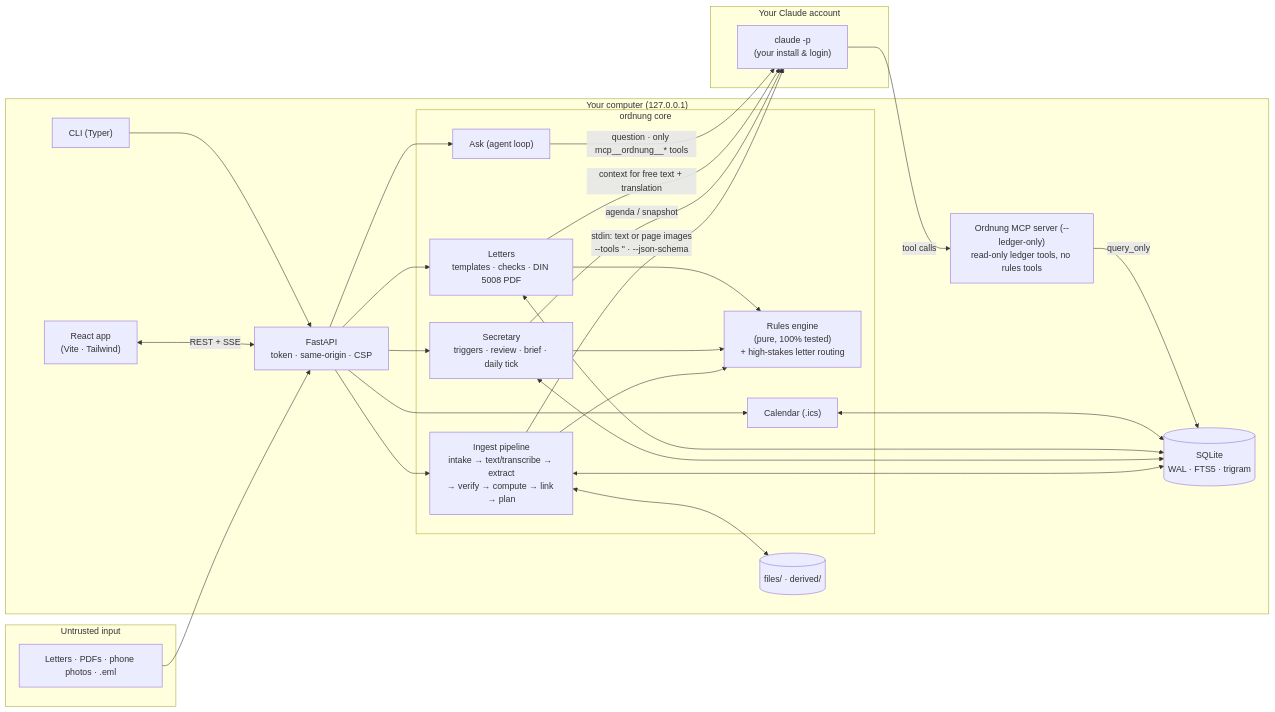
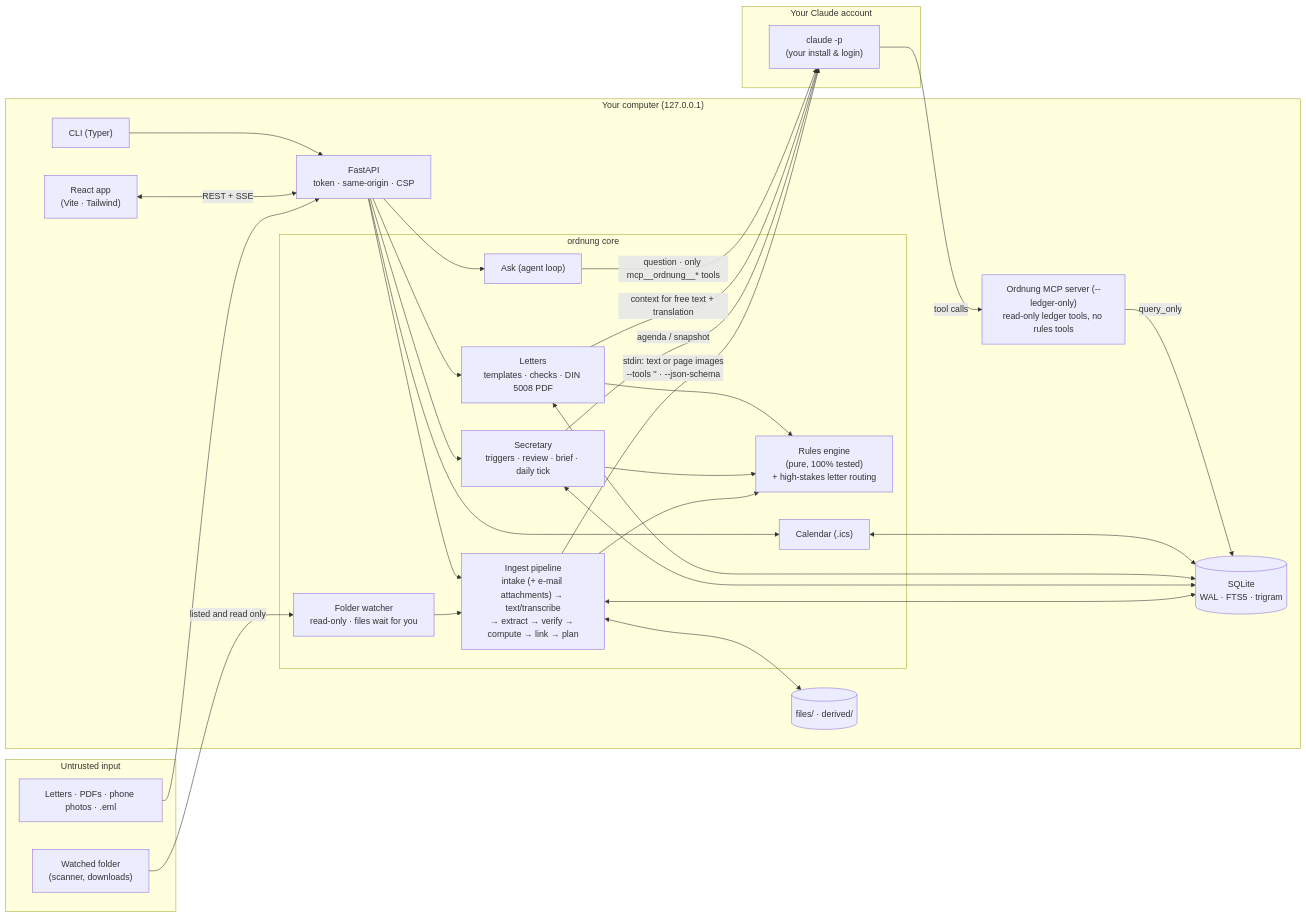
One commit to ahmedEid1/ordnung changed the first of 6 diagrams in docs/architecture.md. Above: the diagram before and after it, drawn with Mermaid. The commit also changed other lines of this file and 24 other files, not shown here.

````diff
--- a/docs/architecture.md
+++ b/docs/architecture.md
@@ -9,43 +9,47 @@
 ```mermaid
 flowchart LR
   subgraph untrusted["Untrusted input"]
     L["Letters · PDFs · phone photos · .eml"]
+    WF["Watched folder<br/>(scanner, downloads)"]
   end
 
   subgraph local["Your computer (127.0.0.1)"]
     UI["React app<br/>(Vite · Tailwind)"]
     CLI["CLI (Typer)"]
     API["FastAPI<br/>token · same-origin · CSP"]
     subgraph core["ordnung core"]
-      ING["Ingest pipeline<br/>intake → text/transcribe → extract<br/>→ verify → compute → link → plan"]
+      FW["Folder watcher<br/>read-only · files wait for you"]
+      ING["Ingest pipeline<br/>intake (+ e-mail attachments) → text/transcribe<br/>→ extract → verify → compute → link → plan"]
       RUL["Rules engine<br/>(pure, 100% tested)<br/>+ high-stakes letter routing"]
       SEC["Secretary<br/>triggers · review · brief · daily tick"]
       ASK["Ask (agent loop)"]
       DRF["Letters<br/>templates · checks · DIN 5008 PDF"]
       ICS["Calendar (.ics)"]
     end
     DB[("SQLite<br/>WAL · FTS5 · trigram")]
     FS[("files/ · derived/")]
     MCP["Ordnung MCP server (--ledger-only)<br/>read-only ledger tools, no rules tools"]
   end
 
   subgraph account["Your Claude account"]
     CC["claude -p<br/>(your install & login)"]
   end
 
   L --> API
+  WF -->|"listed and read only"| FW
+  FW --> ING
   UI <-->|REST + SSE| API
   CLI --> API
   API --> ING & SEC & ASK & DRF & ICS
   ING --> RUL
   SEC --> RUL
   DRF --> RUL
   ING & SEC & DRF & ICS <--> DB
   ING <--> FS
   ING -->|"stdin: text or page images<br/>--tools '' · --json-schema"| CC
   SEC -->|"agenda / snapshot"| CC
   DRF -->|"context for free text + translation"| CC
   ASK -->|"question · only mcp__ordnung__* tools"| CC
   CC -->|tool calls| MCP
   MCP -->|"query_only"| DB
 ```
````
